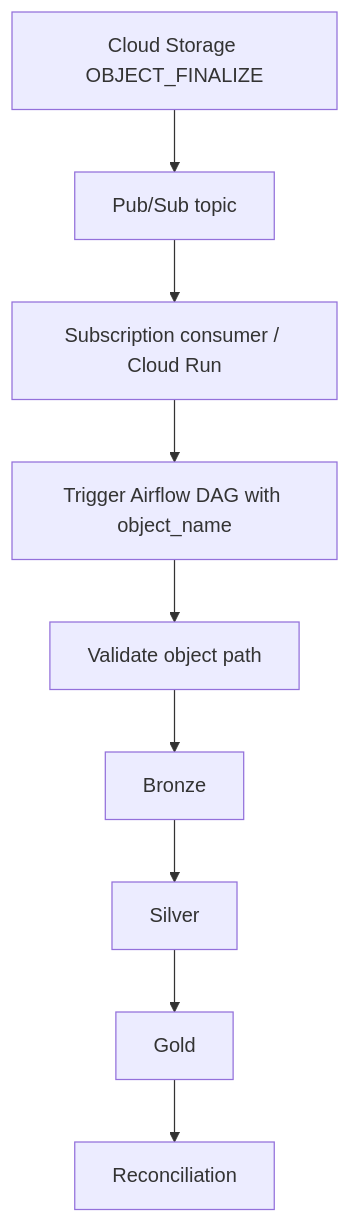
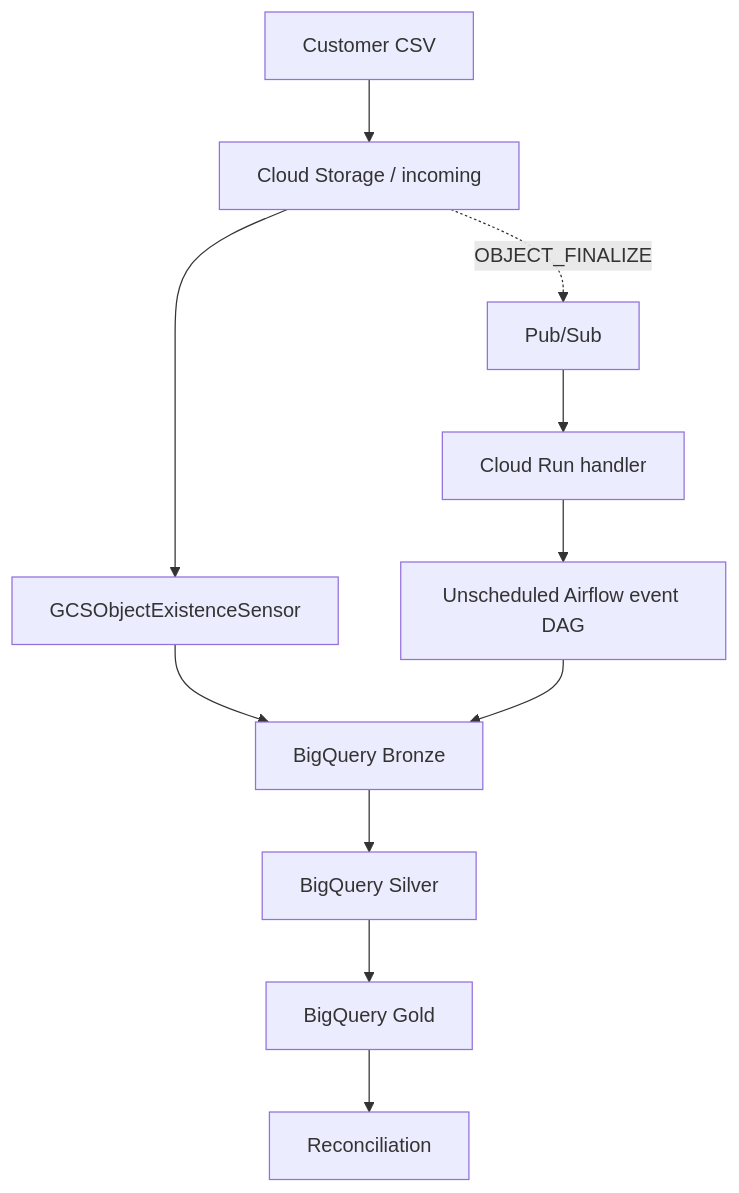
Before and after one commit to cloudwithpavan/cloudpulse-gcp-customer-lakehouse: the diagram in cloudpulse-documentation/docs/architecture.md, drawn with Mermaid. The commit also changed other lines of this file and 30 other files, not shown here.

````diff
--- a/cloudpulse-documentation/docs/architecture.md
+++ b/cloudpulse-documentation/docs/architecture.md
@@ -16,11 +3,13 @@
 ```mermaid
-flowchart TD
-    A[Cloud Storage OBJECT_FINALIZE] --> B[Pub/Sub topic]
-    B --> C[Subscription consumer / Cloud Run]
-    C --> D[Trigger Airflow DAG with object_name]
-    D --> E[Validate object path]
-    E --> F[Bronze]
-    F --> G[Silver]
-    G --> H[Gold]
-    H --> I[Reconciliation]
+flowchart TB
+  CSV[Customer CSV] --> GCS[Cloud Storage / incoming]
+  GCS --> SENSOR[GCSObjectExistenceSensor]
+  SENSOR --> BRONZE[BigQuery Bronze]
+  BRONZE --> SILVER[BigQuery Silver]
+  SILVER --> GOLD[BigQuery Gold]
+  GOLD --> CHECK[Reconciliation]
+  GCS -. OBJECT_FINALIZE .-> PS[Pub/Sub]
+  PS --> CR[Cloud Run handler]
+  CR --> EVENT[Unscheduled Airflow event DAG]
+  EVENT --> BRONZE
 ```
````
